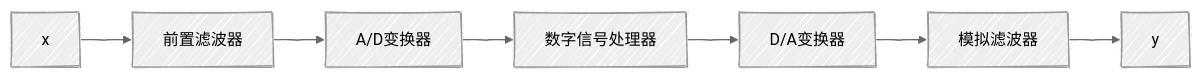
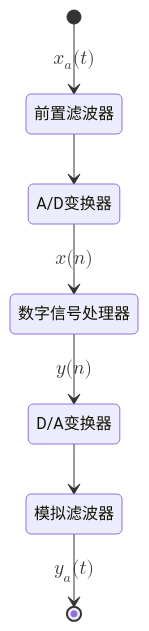
One commit to akorin12138/akorin12138.github.io changed the diagram in pages/posts/数字信号处理.md. Above: the diagram before and after it, drawn with Mermaid. The commit also changed other lines of this file, not shown here.

````diff
--- a/pages/posts/数字信号处理.md
+++ b/pages/posts/数字信号处理.md
@@ -21,15 +23,11 @@
 ```mermaid
----
-config:
-  look: handDrawn
-  theme: neutral
----
-flowchart LR
-  A[x] --> B[前置滤波器]
-  B --> C[A/D变换器]
-  C --> D[数字信号处理器]
-  D --> E[D/A变换器]
-  E --> F[模拟滤波器]
-  F --> G[y]
+
+stateDiagram 
+  [*] --> 前置滤波器:$$x_a(t)$$
+  前置滤波器 --> A/D变换器
+  A/D变换器 --> 数字信号处理器:$$x(n)$$
+  数字信号处理器 --> D/A变换器:$$y(n)$$
+  D/A变换器 --> 模拟滤波器
+  模拟滤波器 --> [*]:$$y_a(t)$$
 
 ```
````
